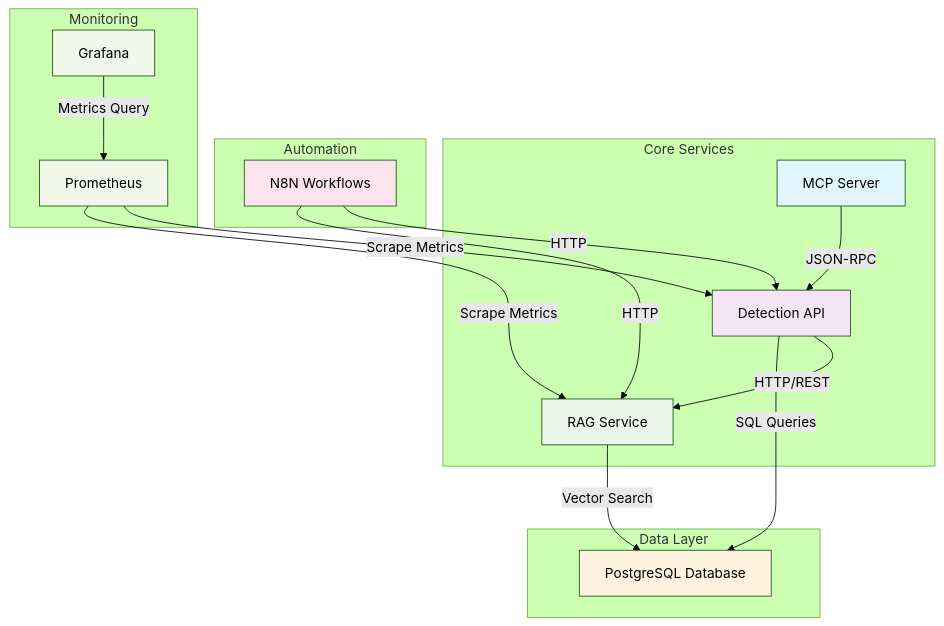
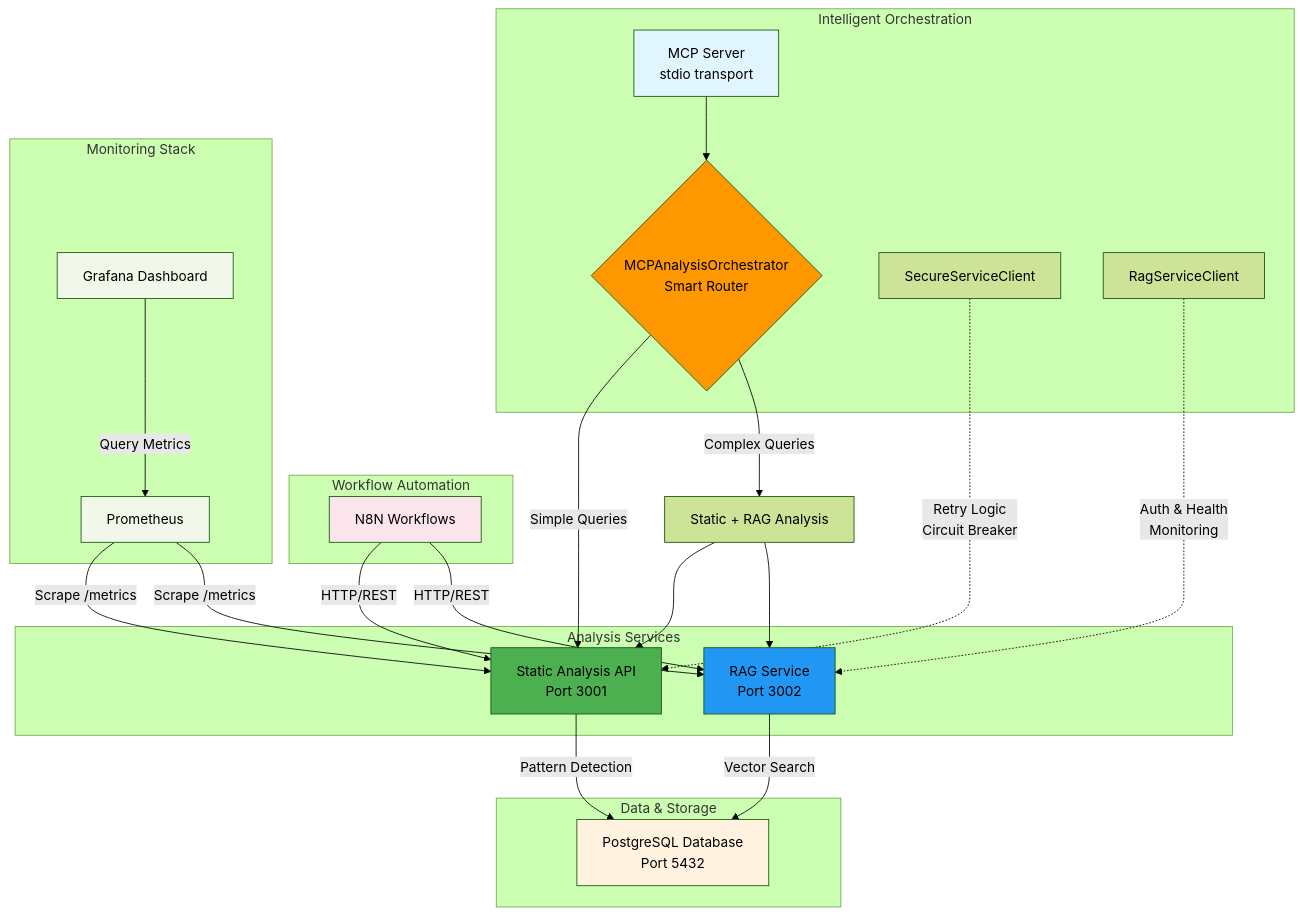
One commit to EladAriel/SQLI_DETECTOR changed the third of 3 diagrams in REPOSITORY_SUMMARY.md. Above: the diagram before and after it, drawn with Mermaid (forest theme). The commit also changed other lines of this file and 13 other files, not shown here.

````diff
--- a/REPOSITORY_SUMMARY.md
+++ b/REPOSITORY_SUMMARY.md
@@ -191,39 +281,55 @@
 ```mermaid
 graph TD
-    A[MCP Server] -->|JSON-RPC| B[Detection API]
-    B -->|HTTP/REST| C[RAG Service]
-    C -->|Vector Search| D[PostgreSQL Database]
-    B -->|SQL Queries| D
-    E[N8N Workflows] -->|HTTP| B
-    E -->|HTTP| C
-    F[Grafana] -->|Metrics Query| G[Prometheus]
-    G -->|Scrape Metrics| B
-    G -->|Scrape Metrics| C
+    A[MCP Server<br/>stdio transport] --> B{MCPAnalysisOrchestrator<br/>Smart Router}
+    B -->|Simple Queries| C[Static Analysis API<br/>Port 3001]
+    B -->|Complex Queries| D[Static + RAG Analysis]
     
-    subgraph "Core Services"
+    C -->|Pattern Detection| E[PostgreSQL Database<br/>Port 5432]
+    D --> C
+    D --> F[RAG Service<br/>Port 3002]
+    F -->|Vector Search| E
+    
+    G[N8N Workflows] -->|HTTP/REST| C
+    G -->|HTTP/REST| F
+    
+    H[Grafana Dashboard] -->|Query Metrics| I[Prometheus]
+    I -->|Scrape /metrics| C
+    I -->|Scrape /metrics| F
+    
+    J[SecureServiceClient] -.->|Retry Logic<br/>Circuit Breaker| C
+    K[RagServiceClient] -.->|Auth & Health<br/>Monitoring| F
+    
+    subgraph "Intelligent Orchestration"
         A
         B
-        C
+        J
+        K
     end
     
-    subgraph "Data Layer"
-        D
+    subgraph "Analysis Services"
+        C
+        F
     end
     
-    subgraph "Automation"
+    subgraph "Data & Storage"
         E
     end
     
-    subgraph "Monitoring"
-        F
+    subgraph "Workflow Automation"
         G
     end
     
+    subgraph "Monitoring Stack"
+        H
+        I
+    end
+    
     style A fill:#e1f5fe
-    style B fill:#f3e5f5
-    style C fill:#e8f5e8
-    style D fill:#fff3e0
-    style E fill:#fce4ec
-    style F fill:#f1f8e9
-    style G fill:#f1f8e9
+    style B fill:#ff9800
+    style C fill:#4caf50
+    style F fill:#2196f3
+    style E fill:#fff3e0
+    style G fill:#fce4ec
+    style H fill:#f1f8e9
+    style I fill:#f1f8e9
 ```
````
